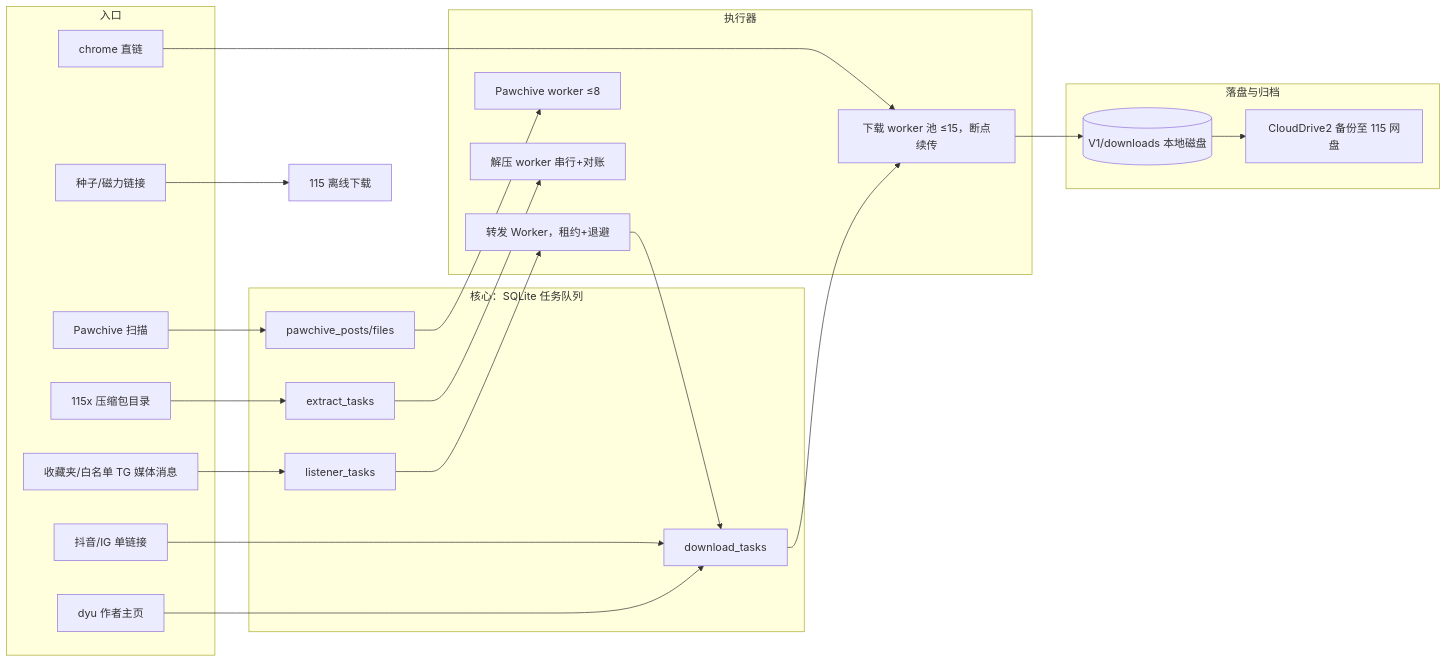
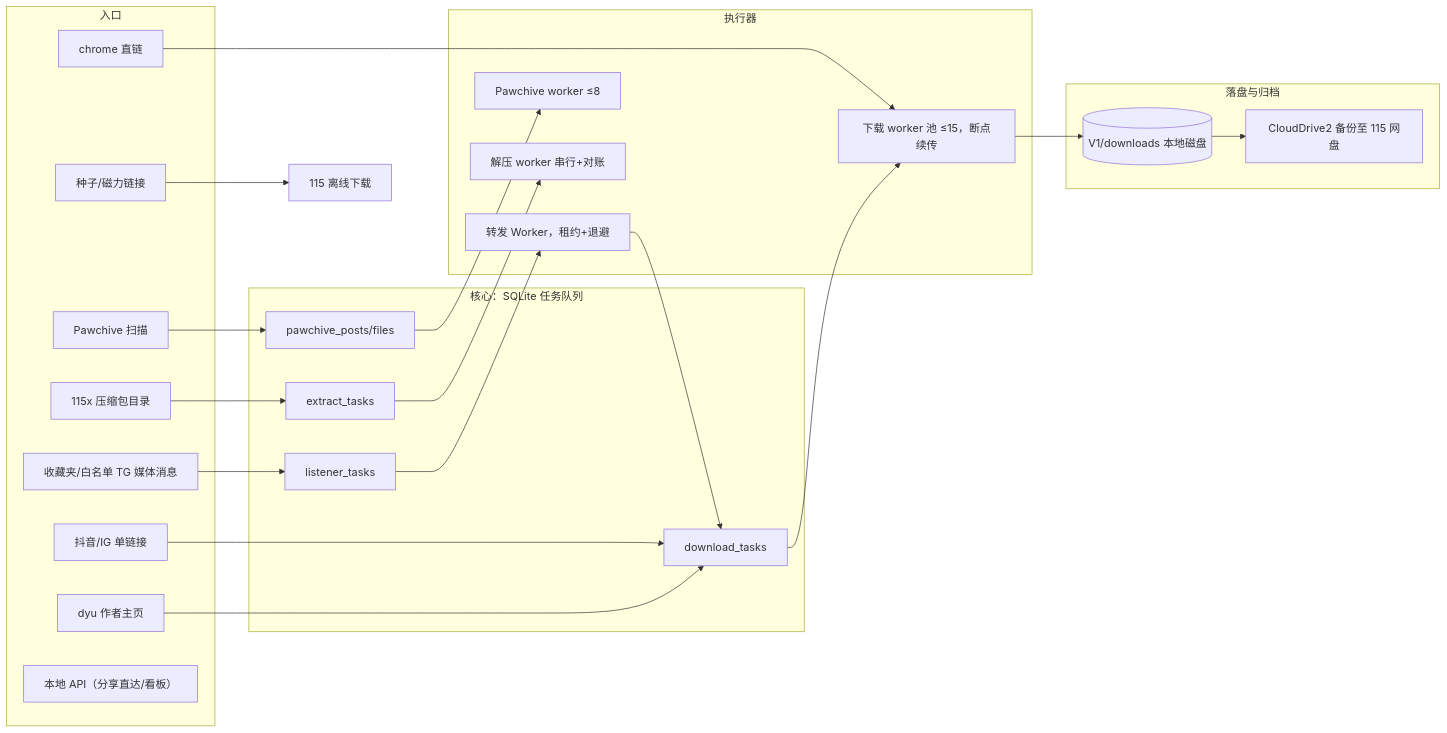
The first of 9 diagrams in docs/下载链路操作指引.md (Hoiyook/tg_userbot), drawn with Mermaid before and after one commit. The commit also changed other lines of this file and 6 other files, not shown here.

````diff
--- a/docs/下载链路操作指引.md
+++ b/docs/下载链路操作指引.md
@@ -11,42 +11,43 @@
 ```mermaid
 flowchart LR
     subgraph IN["入口"]
         A["收藏夹/白名单 TG 媒体消息"]
         B["抖音/IG 单链接"]
         C["dyu 作者主页"]
         D["Pawchive 扫描"]
         E["chrome 直链"]
         F["115x 压缩包目录"]
         G["种子/磁力链接"]
+        H["本地 API（分享直达/看板）"]
     end
     subgraph CORE["核心：SQLite 任务队列"]
         Q1["download_tasks"]
         Q2["listener_tasks"]
         Q3["pawchive_posts/files"]
         Q4["extract_tasks"]
     end
     subgraph EXEC["执行器"]
         W1["下载 worker 池 ≤15，断点续传"]
         W2["转发 Worker，租约+退避"]
         W3["Pawchive worker ≤8"]
         W4["解压 worker 串行+对账"]
     end
     subgraph OUT["落盘与归档"]
         L[("V1/downloads 本地磁盘")]
         C2["CloudDrive2 备份至 115 网盘"]
     end
     A --> Q2
     Q2 --> W2
     W2 --> Q1
     B --> Q1
     C --> Q1
     D --> Q3
     Q3 --> W3
     E --> W1
     F --> Q4
     Q4 --> W4
     G --> OFF["115 离线下载"]
     Q1 --> W1
     W1 --> L
     L --> C2
 ```
````
